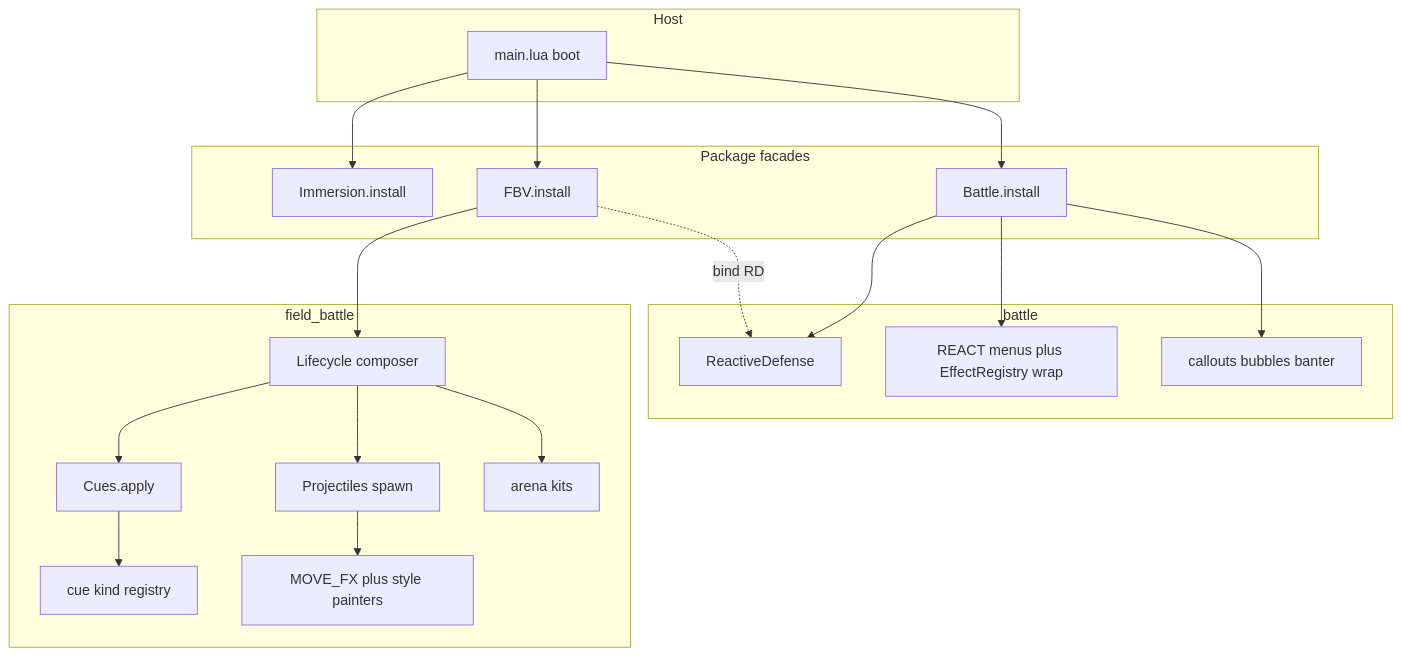
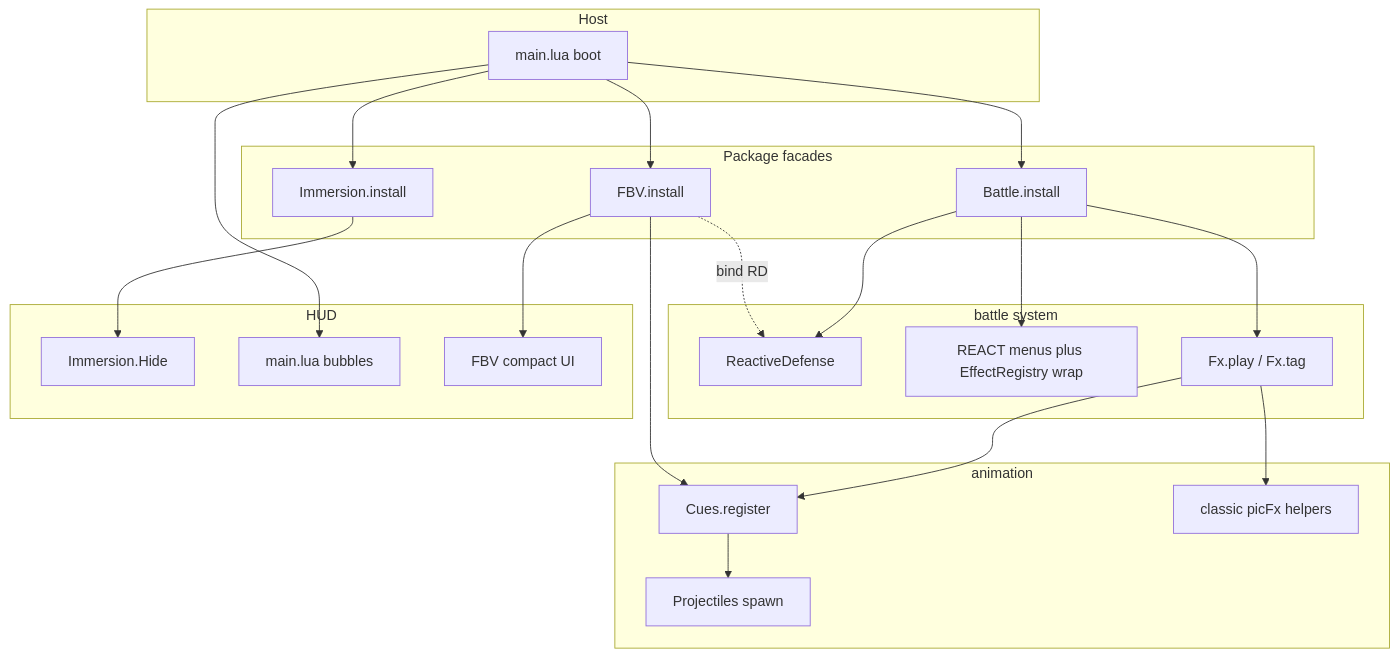
Before and after one commit to businessmachines02/anime-realism: the fourth of 4 diagrams in ARCHITECTURE.md, drawn with Mermaid. The commit also changed other lines of this file and 9 other files, not shown here.

````diff
--- a/ARCHITECTURE.md
+++ b/ARCHITECTURE.md
@@ -338,37 +336,40 @@
 ```mermaid
 flowchart TB
   subgraph host [Host]
     Main[main.lua boot]
   end
   subgraph facades [Package facades]
     Imm[Immersion.install]
     Bat[Battle.install]
     FBV[FBV.install]
   end
-  subgraph battlePkg [battle]
+  subgraph battlePkg [battle system]
     RD[ReactiveDefense]
     React[REACT menus plus EffectRegistry wrap]
-    Call[callouts bubbles banter]
+    Fx[Fx.play / Fx.tag]
   end
-  subgraph fieldPkg [field_battle]
-    Life[Lifecycle composer]
-    Cues[Cues.apply]
+  subgraph hudPkg [HUD]
+    Hide[Immersion.Hide]
+    Bubbles[main.lua bubbles]
+    FieldUI[FBV compact UI]
+  end
+  subgraph animPkg [animation]
+    CueReg[Cues.register]
     Proj[Projectiles spawn]
-    CueReg[cue kind registry]
-    FxReg[MOVE_FX plus style painters]
-    ArenaReg[arena kits]
+    ClassicFx[classic picFx helpers]
   end
   Main --> Imm
   Main --> Bat
   Main --> FBV
+  Imm --> Hide
   Bat --> RD
   Bat --> React
-  Bat --> Call
-  FBV --> Life
-  Life --> Cues
-  Life --> Proj
-  Cues --> CueReg
-  Proj --> FxReg
-  Life --> ArenaReg
+  Bat --> Fx
+  Fx --> CueReg
+  Fx --> ClassicFx
+  FBV --> FieldUI
+  FBV --> CueReg
+  CueReg --> Proj
+  Main --> Bubbles
   FBV -.->|"bind RD"| RD
 ```
````
